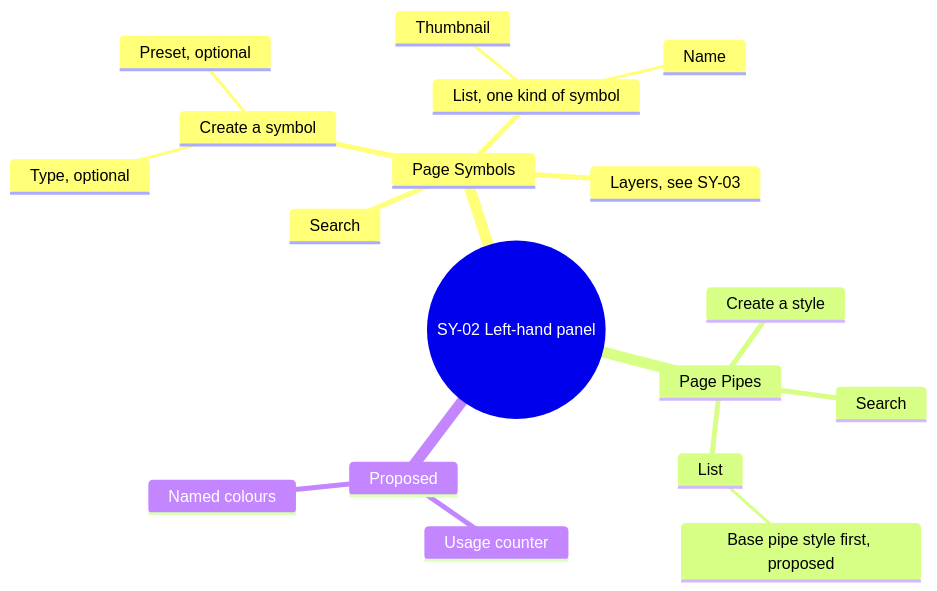
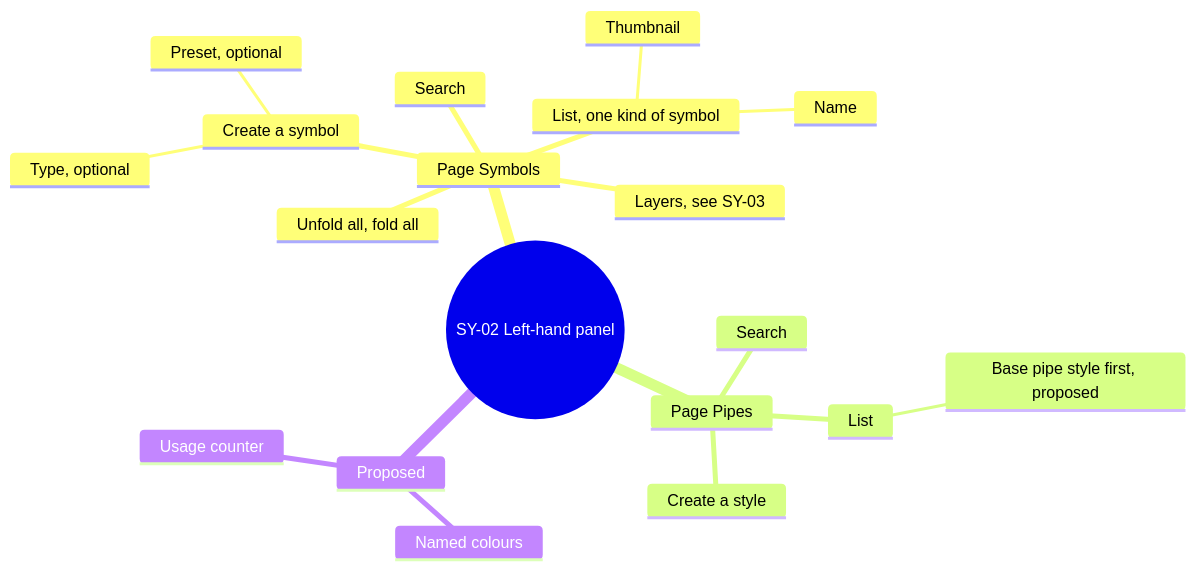
The third of 14 diagrams in screens/symbols.md (AlexandreGallais/synoptic-studio-spec), drawn with Mermaid before and after one commit. The commit also changed other lines of this file and 2 other files, not shown here.

First line of the commit message:
docs(symbols): add fold all to the symbols tree and list the test screens by row

````diff
--- a/screens/symbols.md
+++ b/screens/symbols.md
@@ -59,21 +59,22 @@
 ```mermaid
 mindmap
   root((SY-02 Left-hand panel))
     Page Symbols
       Search
+      Unfold all, fold all
       Create a symbol
         Type, optional
         Preset, optional
       List, one kind of symbol
         Thumbnail
         Name
       Layers, see SY-03
     Page Pipes
       Search
       Create a style
       List
         Base pipe style first, proposed
     Proposed
       Usage counter
       Named colours
 ```
````
